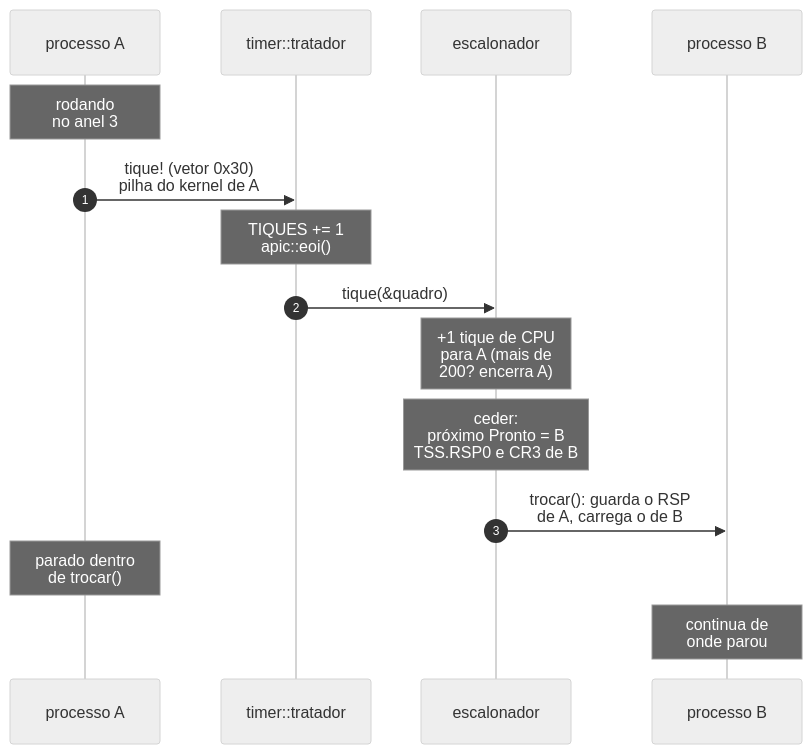
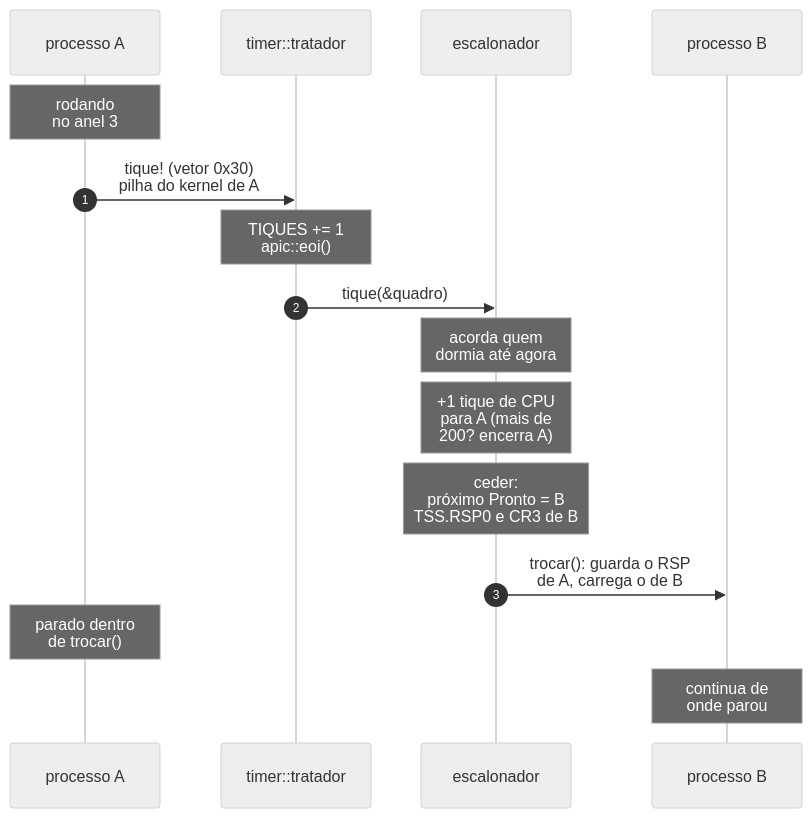
One commit to moises-dev-git/siliconOS changed the sixth of 8 diagrams in docs/mapa.md. Above: the diagram before and after it, drawn with Mermaid (neutral theme). The commit also changed other lines of this file and 30 other files, not shown here.

````diff
--- a/docs/mapa.md
+++ b/docs/mapa.md
@@ -286,18 +287,19 @@
 ```mermaid
 sequenceDiagram
     autonumber
     participant A as processo A
     participant TM as timer::tratador
     participant ESC as escalonador
     participant B as processo B
 
     Note over A: rodando<br/>no anel 3
     A->>TM: tique! (vetor 0x30)<br/>pilha do kernel de A
     Note over TM: TIQUES += 1<br/>apic::eoi()
     TM->>ESC: tique(&quadro)
+    Note over ESC: acorda quem<br/>dormia até agora
     Note over ESC: +1 tique de CPU<br/>para A (mais de<br/>200? encerra A)
     Note over ESC: ceder:<br/>próximo Pronto = B<br/>TSS.RSP0 e CR3 de B
     ESC->>B: trocar(): guarda o RSP<br/>de A, carrega o de B
     Note over A: parado dentro<br/>de trocar()
     Note over B: continua de<br/>onde parou
 ```
````
